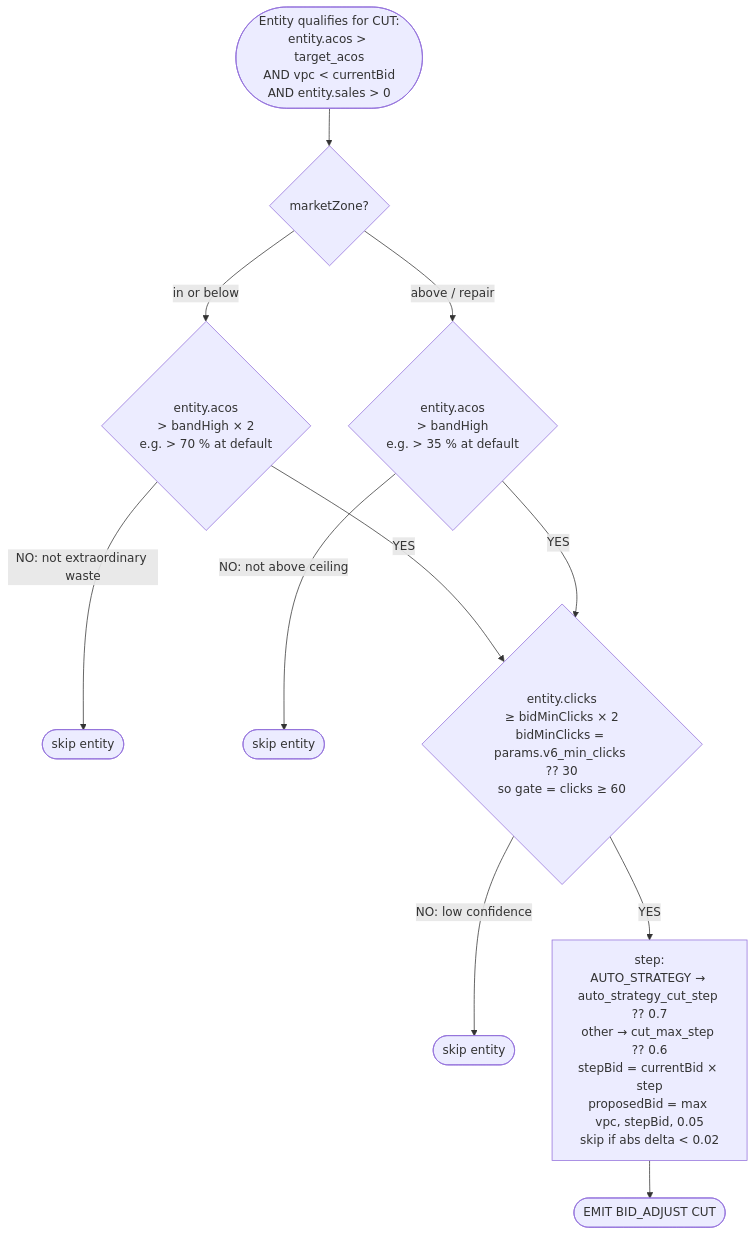
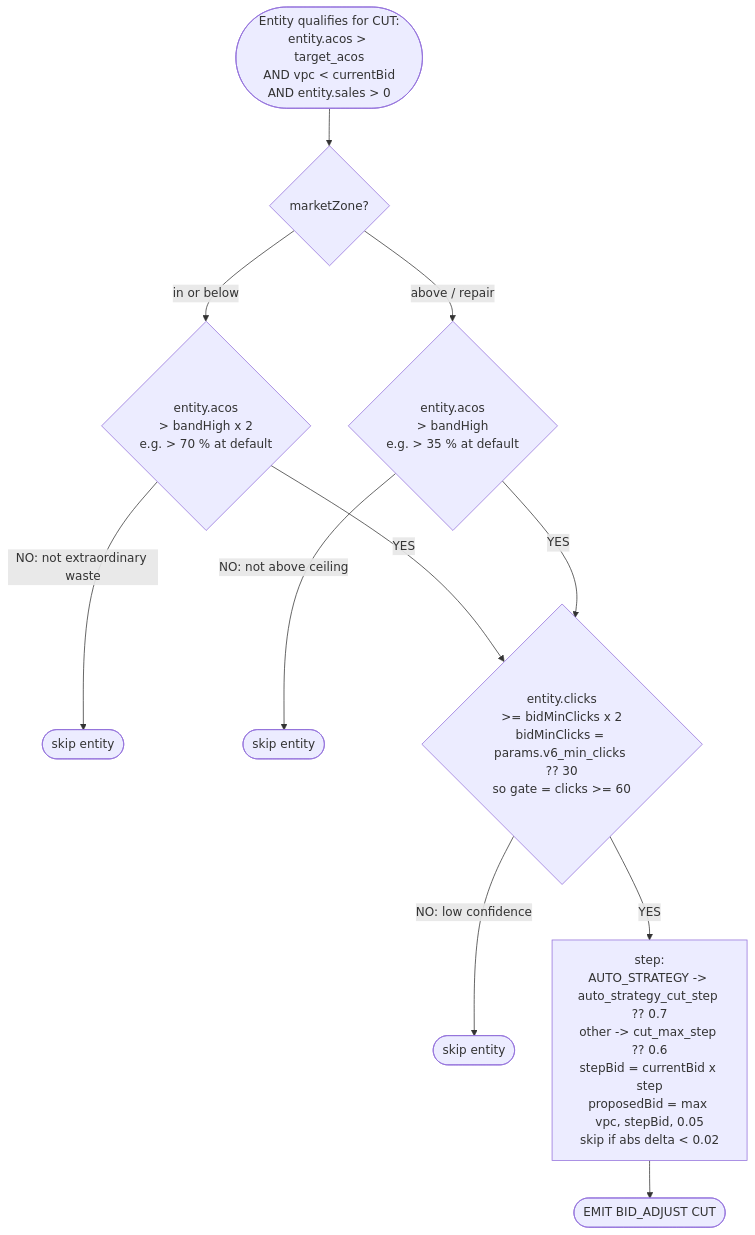
The third of 9 diagrams in docs/doctrine.md (ChristianHultner/cdl-ads), drawn with Mermaid before and after one commit. The commit also changed other lines of this file and 1 other file, not shown here.

Commit message:
engine page: mermaid label repair + doctrine date

````diff
--- a/docs/doctrine.md
+++ b/docs/doctrine.md
@@ -103,17 +105,17 @@
 ```mermaid
 flowchart TD
     A([Entity qualifies for CUT:\nentity.acos > target_acos\nAND vpc < currentBid\nAND entity.sales > 0]) --> B{marketZone?}
 
-    B -- in or below --> C{entity.acos\n> bandHigh × 2\ne.g. > 70 % at default}
+    B -- in or below --> C{entity.acos\n> bandHigh x 2\ne.g. > 70 % at default}
     B -- above / repair --> D{entity.acos\n> bandHigh\ne.g. > 35 % at default}
 
     C -- NO: not extraordinary waste --> SKIPC([skip entity])
     D -- NO: not above ceiling --> SKIPD([skip entity])
 
     C -- YES --> E
-    D -- YES --> E{entity.clicks\n≥ bidMinClicks × 2\nbidMinClicks = params.v6_min_clicks ?? 30\nso gate = clicks ≥ 60}
+    D -- YES --> E{entity.clicks\n>= bidMinClicks x 2\nbidMinClicks = params.v6_min_clicks ?? 30\nso gate = clicks >= 60}
 
     E -- NO: low confidence --> SKIPV([skip entity])
-    E -- YES --> F[step:\nAUTO_STRATEGY → auto_strategy_cut_step ?? 0.7\nother → cut_max_step ?? 0.6\nstepBid = currentBid × step\nproposedBid = max vpc, stepBid, 0.05\nskip if abs delta < 0.02]
+    E -- YES --> F[step:\nAUTO_STRATEGY -> auto_strategy_cut_step ?? 0.7\nother -> cut_max_step ?? 0.6\nstepBid = currentBid x step\nproposedBid = max vpc, stepBid, 0.05\nskip if abs delta < 0.02]
     F --> EMITCUT([EMIT BID_ADJUST CUT])
 ```
````
